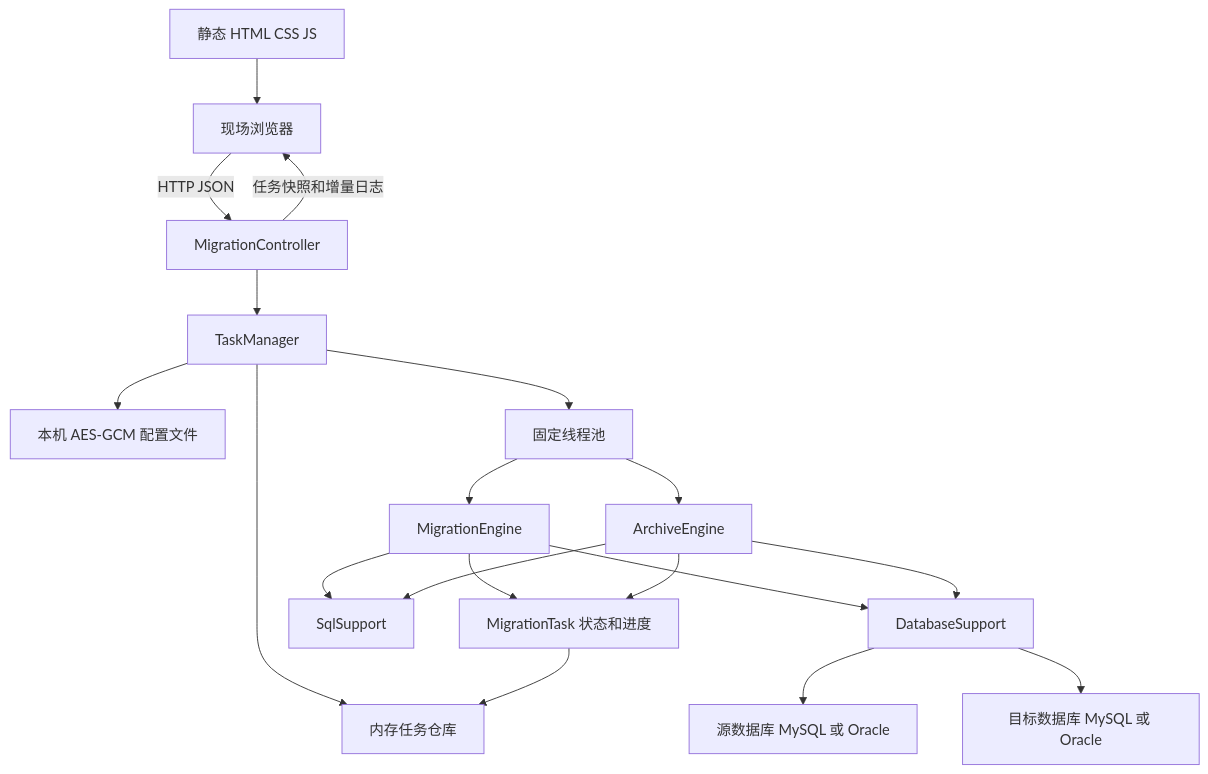
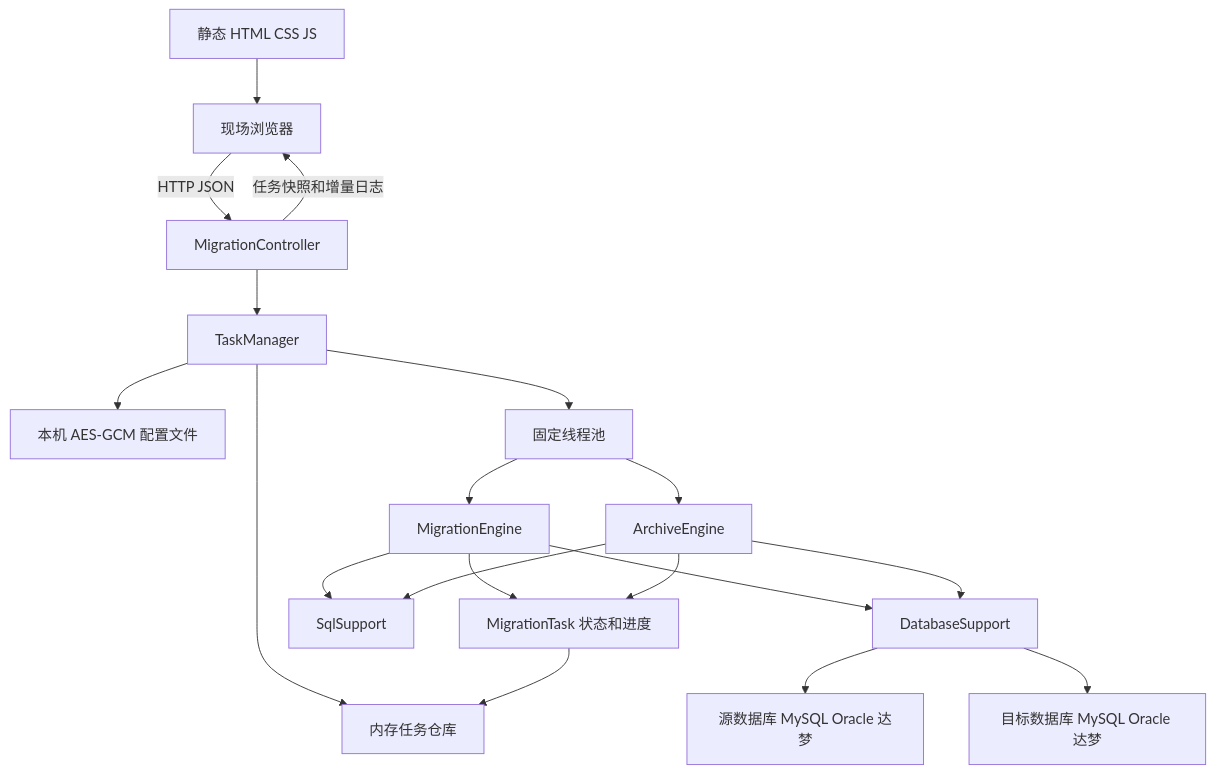
Before and after one commit to FlyMeToTheMars911/LightDbMigration: the first of 5 diagrams in docs/开发人员设计说明.md, drawn with Mermaid. The commit also changed other lines of this file and 19 other files, not shown here.

````diff
--- a/docs/开发人员设计说明.md
+++ b/docs/开发人员设计说明.md
@@ -98,21 +99,21 @@
 ```mermaid
 graph TD
     A[现场浏览器] -->|HTTP JSON| B[MigrationController]
     B --> C[TaskManager]
     C --> D[内存任务仓库]
     C --> M[本机 AES-GCM 配置文件]
     C --> E[固定线程池]
     E --> F[MigrationEngine]
     E --> N[ArchiveEngine]
     F --> G[DatabaseSupport]
     F --> H[SqlSupport]
-    G --> I[源数据库 MySQL 或 Oracle]
-    G --> J[目标数据库 MySQL 或 Oracle]
+    G --> I[源数据库 MySQL Oracle 达梦]
+    G --> J[目标数据库 MySQL Oracle 达梦]
     F --> K[MigrationTask 状态和进度]
     N --> G
     N --> H
     N --> K
     K --> D
     B -->|任务快照和增量日志| A
     L[静态 HTML CSS JS] --> A
 ```
````
